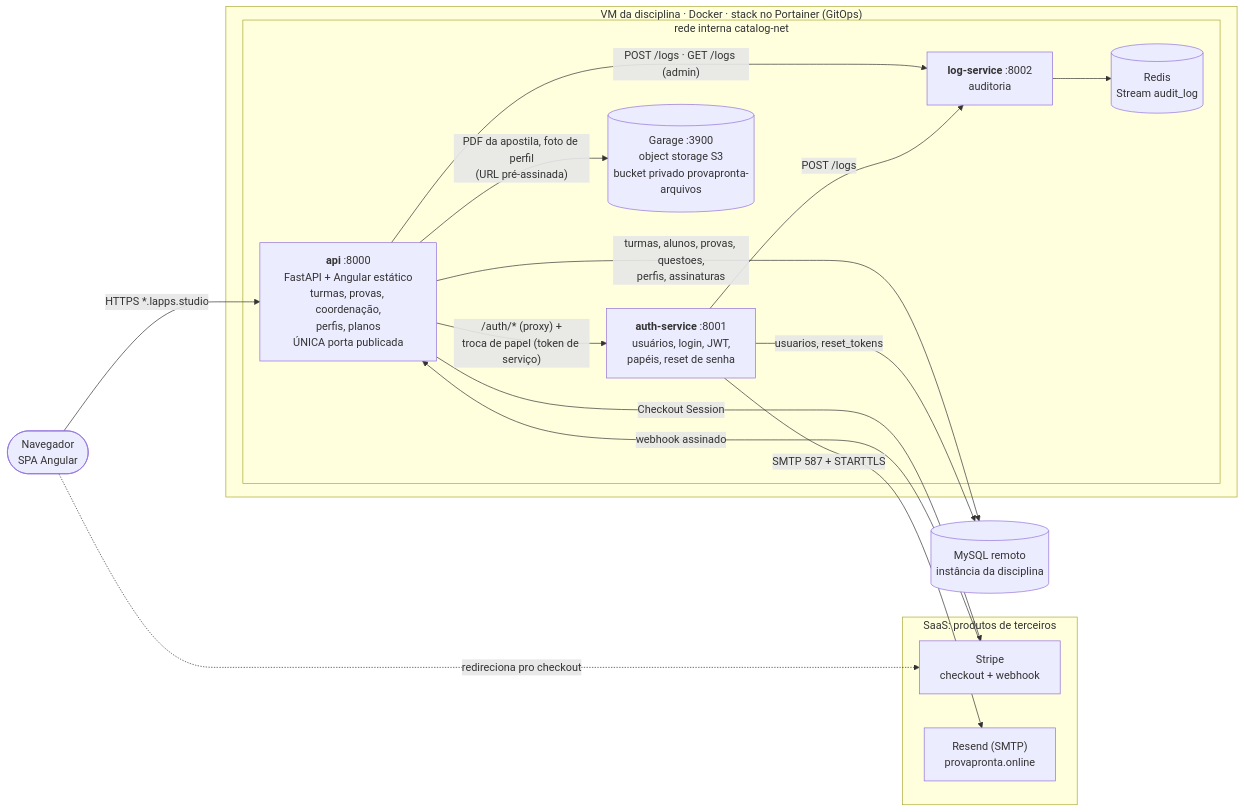
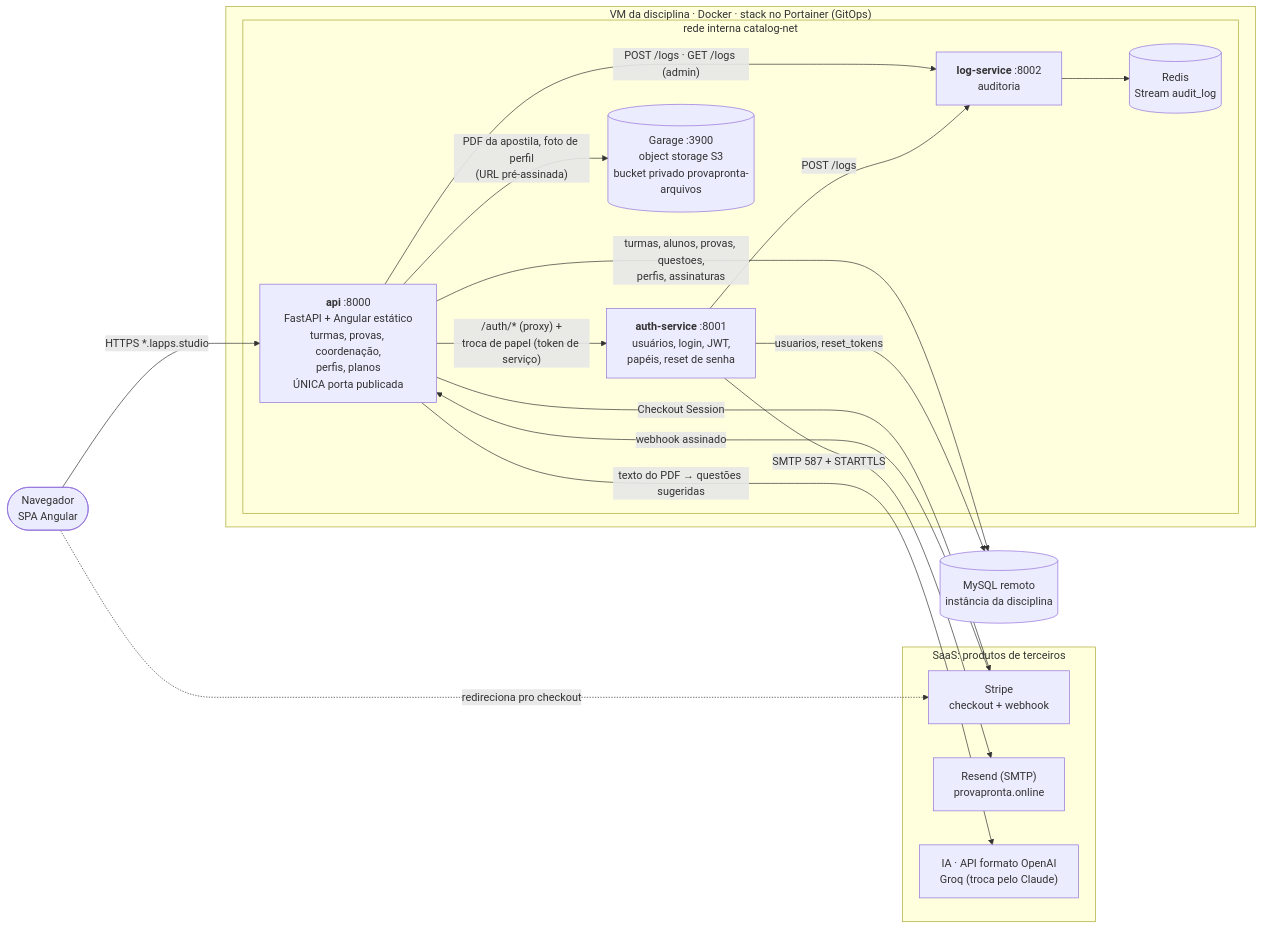
One commit to leonardoricci-tsi/ProvaPronta changed the first of 2 diagrams in README.md. Above: the diagram before and after it, drawn with Mermaid. The commit also changed other lines of this file and 35 other files, not shown here.

````diff
--- a/README.md
+++ b/README.md
@@ -76,34 +79,36 @@
 ```mermaid
 flowchart LR
     U(["Navegador<br/>SPA Angular"])
 
     subgraph SaaS["SaaS: produtos de terceiros"]
         STRIPE["Stripe<br/>checkout + webhook"]
         RESEND["Resend (SMTP)<br/>provapronta.online"]
+        LLM["IA · API formato OpenAI<br/>Groq (troca pelo Claude)"]
     end
 
     subgraph VM["VM da disciplina · Docker · stack no Portainer (GitOps)"]
         subgraph NET["rede interna catalog-net"]
             API["<b>api</b> :8000<br/>FastAPI + Angular estático<br/>turmas, provas, coordenação,<br/>perfis, planos<br/>ÚNICA porta publicada"]
             AUTH["<b>auth-service</b> :8001<br/>usuários, login, JWT,<br/>papéis, reset de senha"]
             LOG["<b>log-service</b> :8002<br/>auditoria"]
             REDIS[("Redis<br/>Stream audit_log")]
             GARAGE[("Garage :3900<br/>object storage S3<br/>bucket privado provapronta-arquivos")]
         end
     end
 
     MYSQL[("MySQL remoto<br/>instância da disciplina")]
 
     U -- "HTTPS *.lapps.studio" --> API
     U -. "redireciona pro checkout" .-> STRIPE
     STRIPE -- "webhook assinado" --> API
     API -- "Checkout Session" --> STRIPE
     API -- "/auth/* (proxy) +<br/>troca de papel (token de serviço)" --> AUTH
     API -- "POST /logs · GET /logs (admin)" --> LOG
     AUTH -- "POST /logs" --> LOG
     LOG --> REDIS
     API -- "PDF da apostila, foto de perfil<br/>(URL pré-assinada)" --> GARAGE
     AUTH -- "SMTP 587 + STARTTLS" --> RESEND
+    API -- "texto do PDF → questões sugeridas" --> LLM
     API -- "turmas, alunos, provas, questoes,<br/>perfis, assinaturas" --> MYSQL
     AUTH -- "usuarios, reset_tokens" --> MYSQL
 ```
````
